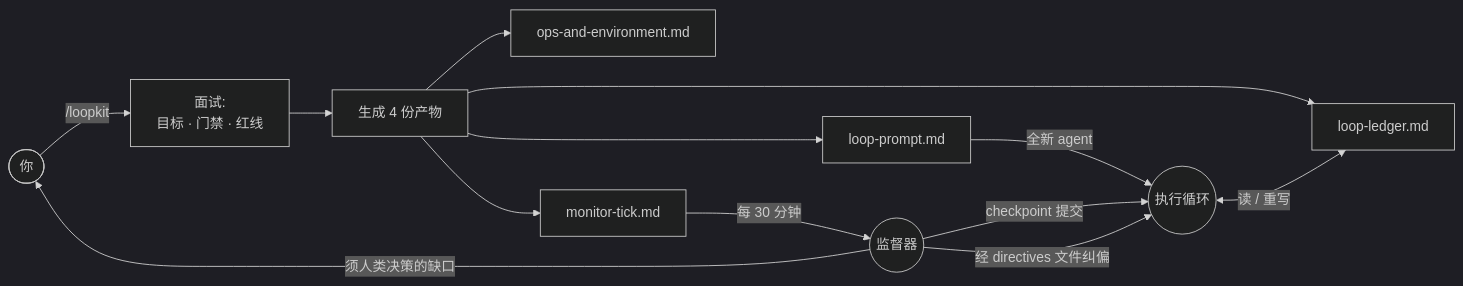
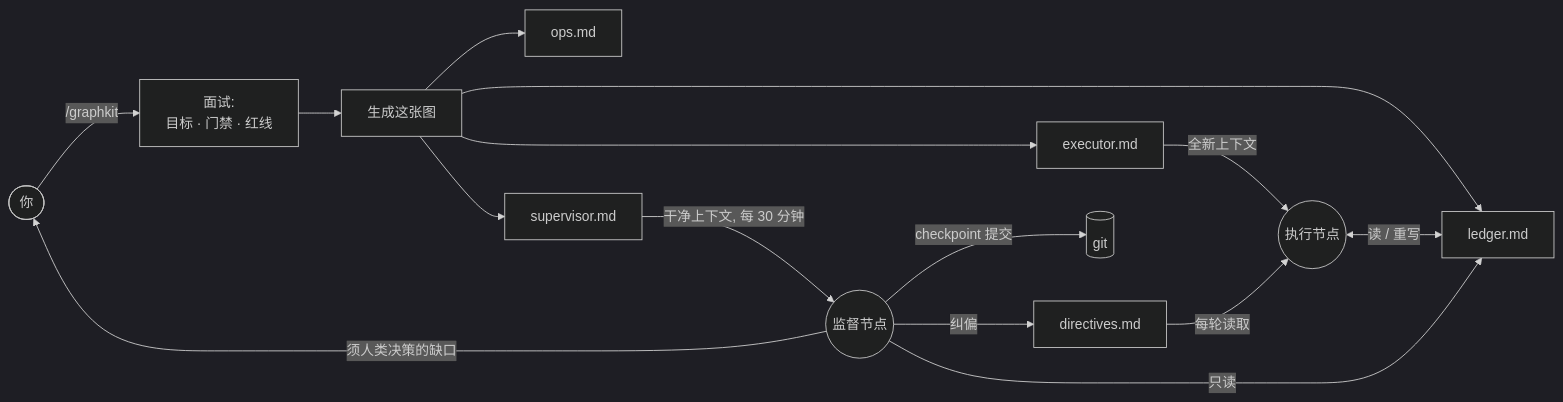
The diagram in README.zh-CN.md (levi-qiao/loopkit), drawn with Mermaid (dark theme) before and after one commit. The commit also changed other lines of this file and 17 other files, not shown here.

First line of the commit message:
refactor: rebrand loopkit -> graphkit; reframe loop paradigm as a graph of nodes

````diff
--- a/README.zh-CN.md
+++ b/README.zh-CN.md
@@ -43,15 +50,17 @@
 ```mermaid
 flowchart LR
-    U([你]) -->|"/loopkit"| I[面试:<br/>目标 · 门禁 · 红线]
-    I --> G[生成 4 份产物]
-    G --> LP[loop-prompt.md]
-    G --> LG[loop-ledger.md]
-    G --> OPS[ops-and-environment.md]
-    G --> MON[monitor-tick.md]
-    LP -->|全新 agent| EX((执行循环))
-    EX <-->|读 / 重写| LG
-    MON -->|每 30 分钟| SV((监督器))
-    SV -->|checkpoint 提交| EX
-    SV -->|经 directives 文件纠偏| EX
-    SV -->|须人类决策的缺口| U
+    U([你]) -->|"/graphkit"| I[面试:<br/>目标 · 门禁 · 红线]
+    I --> G[生成这张图]
+    G --> EX[executor.md]
+    G --> LG[ledger.md]
+    G --> OPS[ops.md]
+    G --> SV[supervisor.md]
+    EX -->|全新上下文| EXE((执行节点))
+    EXE <-->|读 / 重写| LG
+    SV -->|干净上下文, 每 30 分钟| SUP((监督节点))
+    SUP -->|只读| LG
+    SUP -->|纠偏| DIR[directives.md]
+    DIR -->|每轮读取| EXE
+    SUP -->|checkpoint 提交| GIT[(git)]
+    SUP -->|须人类决策的缺口| U
 ```
````
